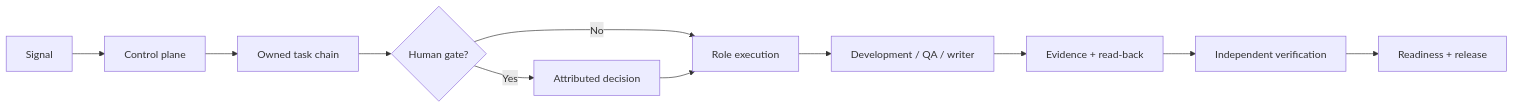
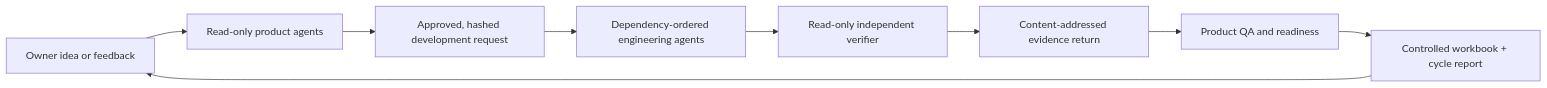
The diagram in README.md (sedwna/open-product-operations-os), drawn with Mermaid before and after one commit. The commit also changed other lines of this file and 47 other files, not shown here.

Commit message:
feat: automate the complete product engineering lifecycle

````diff
--- a/README.md
+++ b/README.md
@@ -157,13 +158,11 @@
 ```mermaid
 flowchart LR
-    A[Signal] --> B[Control plane]
-    B --> C[Owned task chain]
-    C --> D{Human gate?}
-    D -- Yes --> E[Attributed decision]
-    D -- No --> F[Role execution]
-    E --> F
-    F --> G[Development / QA / writer]
-    G --> H[Evidence + read-back]
-    H --> I[Independent verification]
-    I --> J[Readiness + release]
+    A["Owner idea or feedback"] --> B["Read-only product agents"]
+    B --> C["Approved, hashed development request"]
+    C --> D["Dependency-ordered engineering agents"]
+    D --> E["Read-only independent verifier"]
+    E --> F["Content-addressed evidence return"]
+    F --> G["Product QA and readiness"]
+    G --> H["Controlled workbook + cycle report"]
+    H --> A
 ```
````
